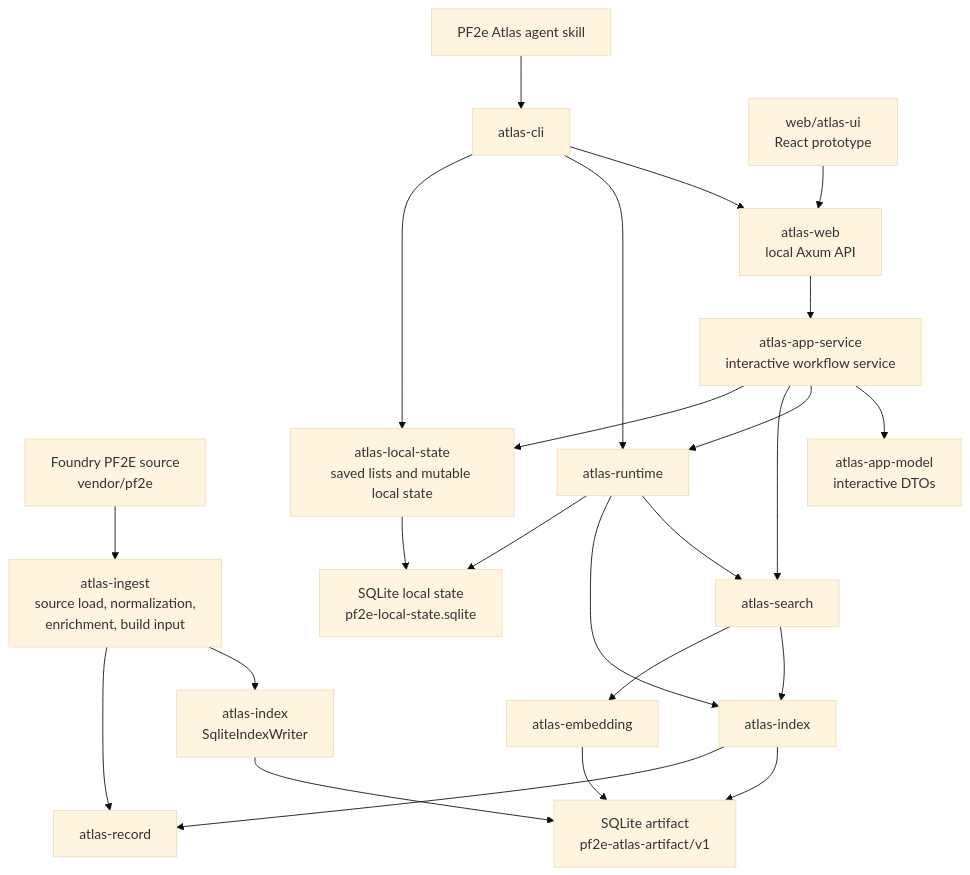
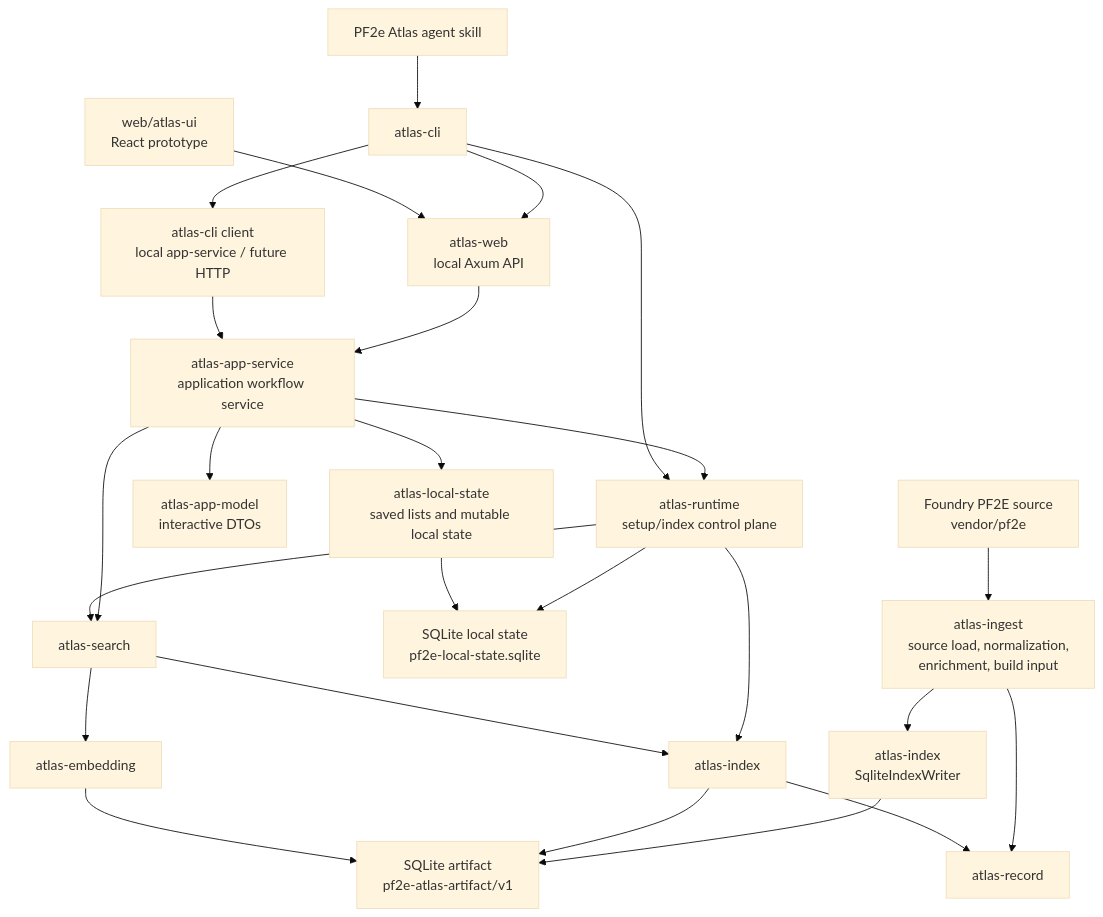
One commit to e-kosten/pf2e-atlas changed the diagram in docs/architecture/overview.md. Above: the diagram before and after it, drawn with Mermaid (base theme). The commit also changed other lines of this file and 19 other files, not shown here.

Commit message:
refactor: route CLI product reads through app service

````diff
--- a/docs/architecture/overview.md
+++ b/docs/architecture/overview.md
@@ -35,28 +35,29 @@
 ```mermaid
 flowchart TD
     pf2e["Foundry PF2E source<br/>vendor/pf2e"] --> ingest["atlas-ingest<br/>source load, normalization,<br/>enrichment, build input"]
     ingest --> indexWriter["atlas-index<br/>SqliteIndexWriter"]
     indexWriter --> artifactDb["SQLite artifact<br/>pf2e-atlas-artifact/v1"]
     localStateDb["SQLite local state<br/>pf2e-local-state.sqlite"]
 
     skill["PF2e Atlas agent skill"] --> cli["atlas-cli"]
     cli --> web["atlas-web<br/>local Axum API"]
     browser["web/atlas-ui<br/>React prototype"] --> web
-    web --> appService["atlas-app-service<br/>interactive workflow service"]
+    web --> appService["atlas-app-service<br/>application workflow service"]
     appService --> appModel["atlas-app-model<br/>interactive DTOs"]
     appService --> runtime
     appService --> search
     appService --> localState["atlas-local-state<br/>saved lists and mutable local state"]
-    cli --> runtime["atlas-runtime"]
-    cli --> localState
+    cli --> cliClient["atlas-cli client<br/>local app-service / future HTTP"]
+    cliClient --> appService
+    cli --> runtime["atlas-runtime<br/>setup/index control plane"]
     runtime --> search["atlas-search"]
     runtime --> index["atlas-index"]
     runtime --> localStateDb
     localState --> localStateDb
     search --> index
     search --> embedding["atlas-embedding"]
     index --> artifactDb
     embedding --> artifactDb
     ingest --> record["atlas-record"]
     index --> record
 ```
````
